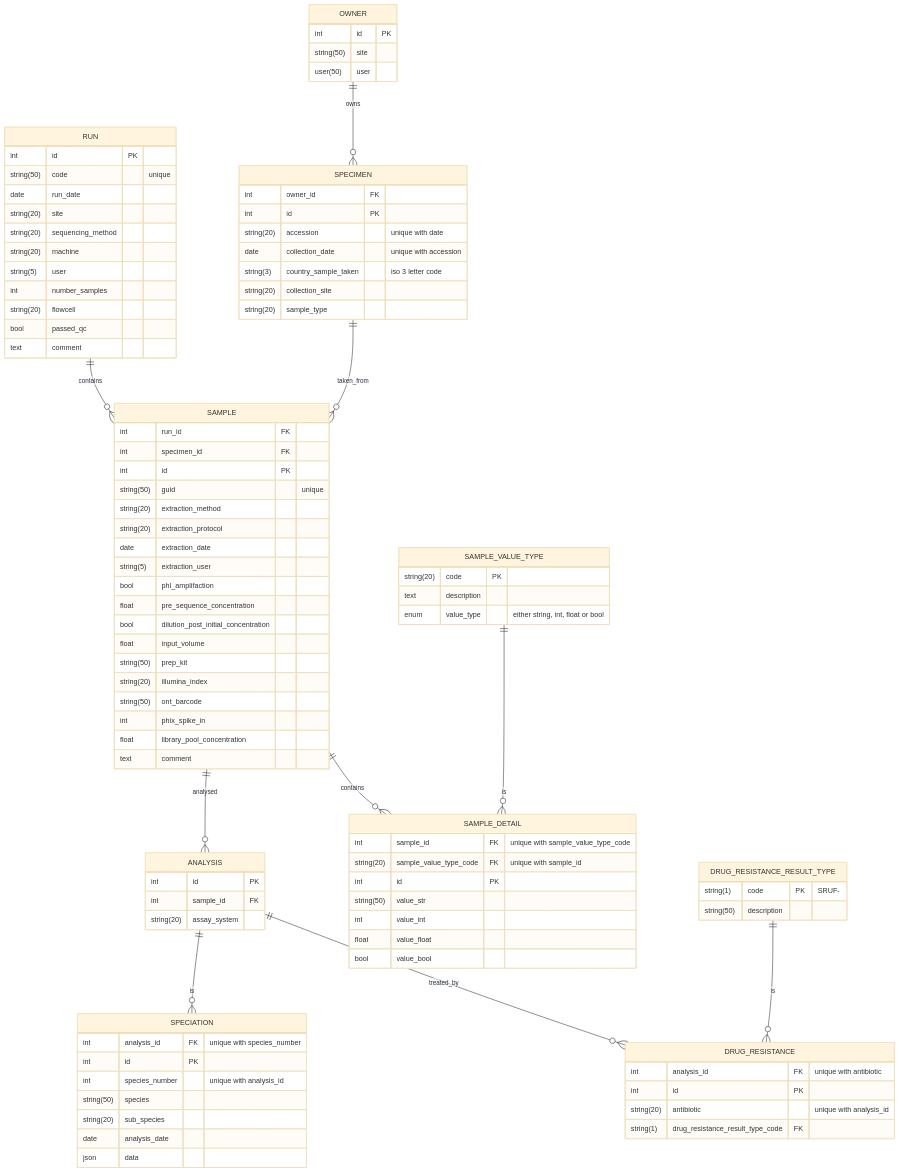
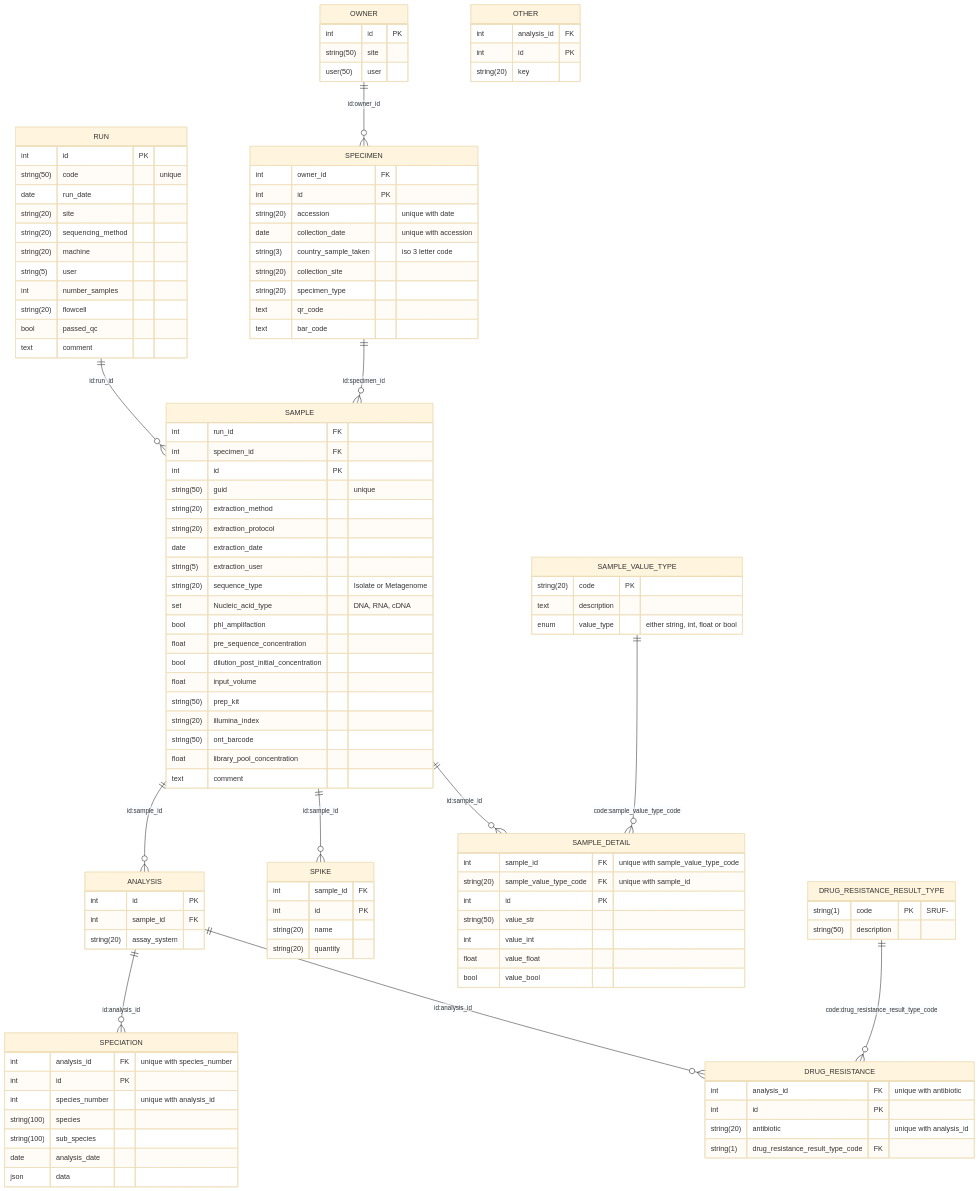
Before and after one commit to oxfordmmm/gpas_local_db: the diagram in docs/database-layout.md, drawn with Mermaid (base theme). The commit also changed 3 other files, not shown here.

Commit message:
Added missing fields to database diagram, added ER diagram and started build python models

````diff
--- a/docs/database-layout.md
+++ b/docs/database-layout.md
@@ -29,7 +29,9 @@
         date collection_date "unique with accession"
         string(3) country_sample_taken "iso 3 letter code"
         string(20) collection_site
-        string(20) sample_type 
+        string(20) specimen_type
+        text qr_code
+        text bar_code
     }
 
     SAMPLE {
@@ -41,6 +43,8 @@
         string(20) extraction_protocol
         date extraction_date
         string(5) extraction_user
+        string(20) sequence_type "Isolate or Metagenome"
+        set Nucleic_acid_type "DNA, RNA, cDNA"
         bool phl_amplifaction
         float pre_sequence_concentration
         bool dilution_post_initial_concentration
@@ -48,9 +52,15 @@
         string(50) prep_kit
         string(20) illumina_index
         string(50) ont_barcode
-        int phix_spike_in
         float library_pool_concentration
         text comment
+    }
+
+    SPIKE {
+        int sample_id FK
+        int id PK
+        string(20) name
+        string(20) quantity
     }
 
     SAMPLE_DETAIL {
@@ -79,8 +89,8 @@
         int analysis_id FK "unique with species_number"
         int id PK
         int species_number "unique with analysis_id"
-        string(50) species
-        string(20) sub_species
+        string(100) species
+        string(100) sub_species
         date analysis_date
         json data
     }
@@ -97,13 +107,21 @@
         string(50) description
     }
 
-    RUN ||--o{ SAMPLE : contains
-    OWNER ||--o{ SPECIMEN : owns
-    SPECIMEN ||--o{ SAMPLE : taken_from
-    SAMPLE ||--o{ ANALYSIS : analysed
-    ANALYSIS ||--o{ SPECIATION : is
-    ANALYSIS ||--o{ DRUG_RESISTANCE : treated_by
-    DRUG_RESISTANCE_RESULT_TYPE ||--o{ DRUG_RESISTANCE : is
-    SAMPLE ||--o{ SAMPLE_DETAIL: contains
-    SAMPLE_VALUE_TYPE ||--o{ SAMPLE_DETAIL: is
+    OTHER {
+        int analysis_id FK
+        int id PK
+        string(20) key
+
+    }
+
+    RUN ||--o{ SAMPLE : "id:run_id"
+    OWNER ||--o{ SPECIMEN : "id:owner_id"
+    SPECIMEN ||--o{ SAMPLE : "id:specimen_id"
+    SAMPLE ||--o{ ANALYSIS : "id:sample_id"
+    SAMPLE ||--o{ SPIKE : "id:sample_id"
+    ANALYSIS ||--o{ SPECIATION : "id:analysis_id"
+    ANALYSIS ||--o{ DRUG_RESISTANCE : "id:analysis_id"
+    DRUG_RESISTANCE_RESULT_TYPE ||--o{ DRUG_RESISTANCE : "code:drug_resistance_result_type_code"
+    SAMPLE ||--o{ SAMPLE_DETAIL: "id:sample_id"
+    SAMPLE_VALUE_TYPE ||--o{ SAMPLE_DETAIL: "code:sample_value_type_code"
 ```
````
